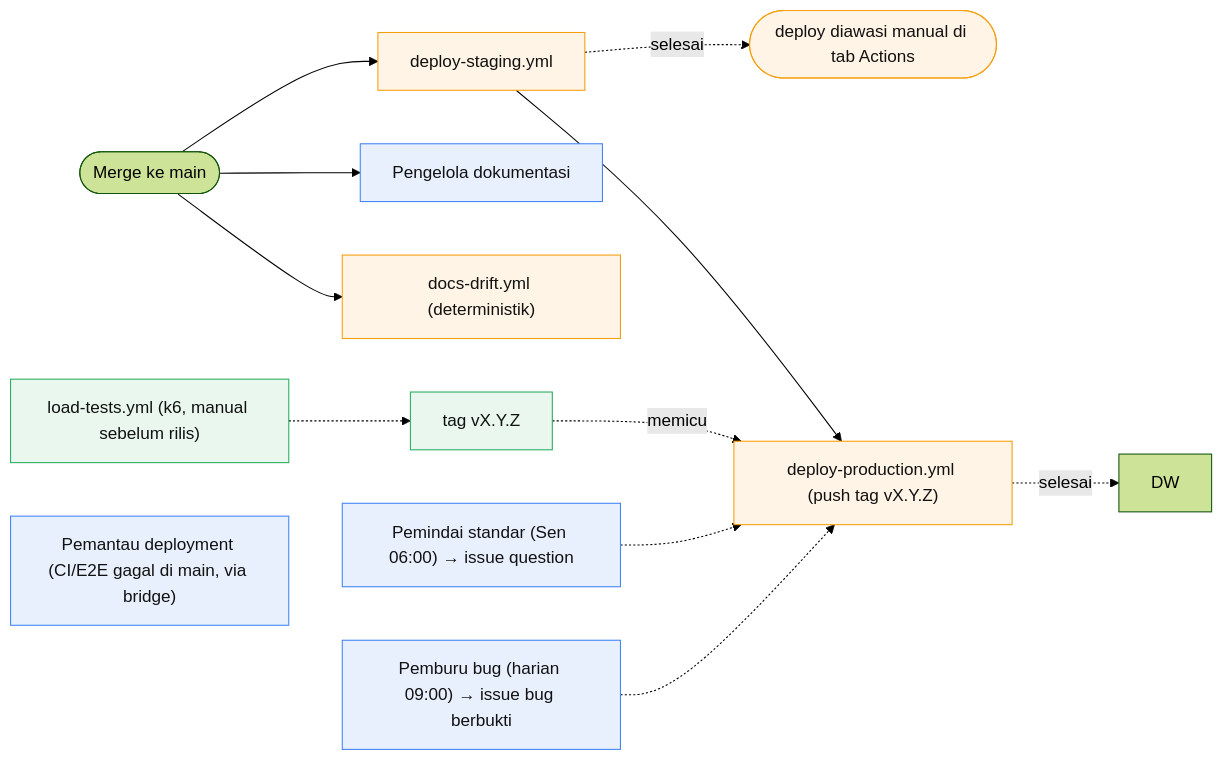
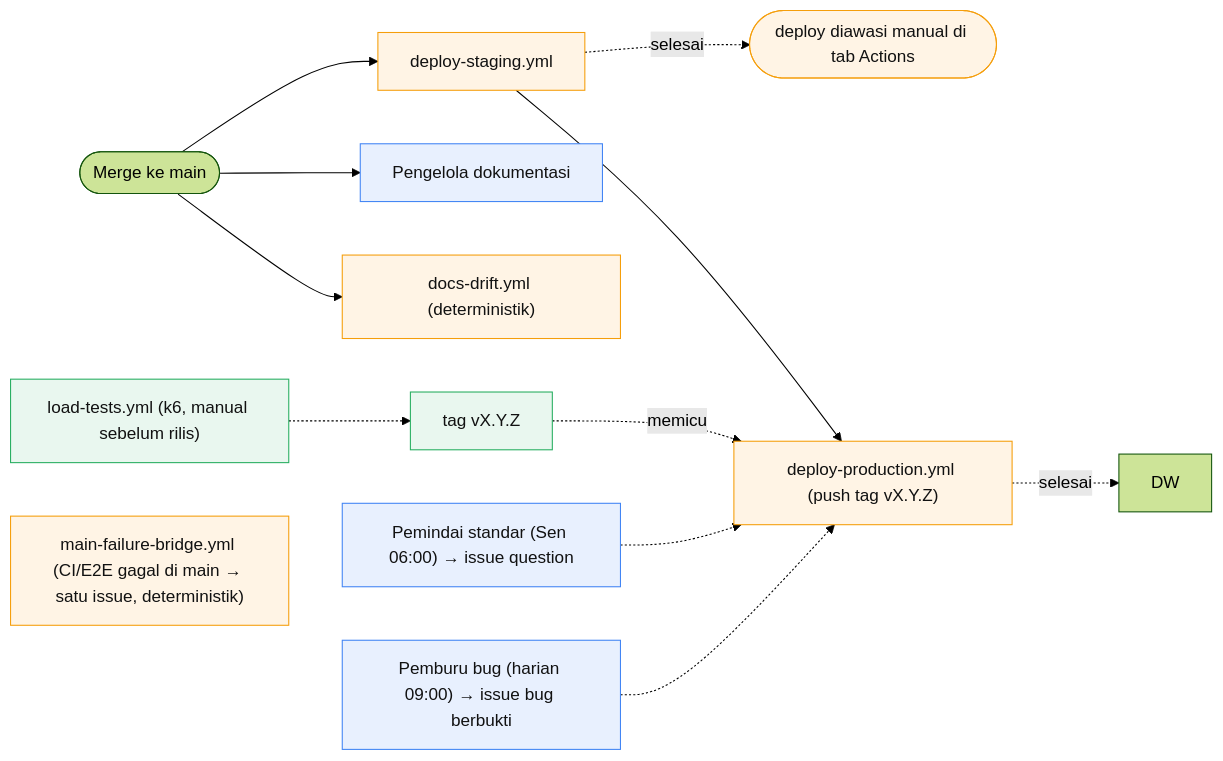
Before and after one commit to cipansor/cipansor: the fifth of 6 diagrams in docs/SDLC-FLOW.md, drawn with Mermaid (forest theme). The commit also changed other lines of this file and 17 other files, not shown here.

First line of the commit message:
chore(otomasi): konsolidasi armada — pensiunkan SDLC 04/08/10/12/16/22, triase final ke deskripsi, klaim issue deterministik (#1057)

````diff
--- a/docs/SDLC-FLOW.md
+++ b/docs/SDLC-FLOW.md
@@ -632,19 +639,19 @@
 ```mermaid
 flowchart LR
   classDef cloud fill:#e8f0fe,stroke:#4285f4,color:#111;
   classDef gh fill:#fff4e5,stroke:#f59e0b,color:#111;
   classDef human fill:#e9f7ef,stroke:#27ae60,color:#111;
 
   MG([Merge ke main]) --> C3["docs-drift.yml (deterministik)"]:::gh
   MG --> C14["Pengelola dokumentasi"]:::cloud
   MG --> STG["deploy-staging.yml"]:::gh
   STG --> PROD["deploy-production.yml (push tag vX.Y.Z)"]:::gh
 
   STG -. selesai .-> DWI(["deploy diawasi manual di tab Actions"]):::gh
   PROD -. selesai .-> DW
   LT["load-tests.yml (k6, manual sebelum rilis)"]:::human -.-> TAGV["tag vX.Y.Z"]:::human
-  C12["Pemantau deployment (CI/E2E gagal di main, via bridge)"]:::cloud
+  BR2["main-failure-bridge.yml (CI/E2E gagal di main → satu issue, deterministik)"]:::gh
   TAGV -. "memicu" .-> PROD
   C20["Pemindai standar (Sen 06:00) → issue question"]:::cloud -.-> PROD
   C19["Pemburu bug (harian 09:00) → issue bug berbukti"]:::cloud -.-> PROD
 ```
````
